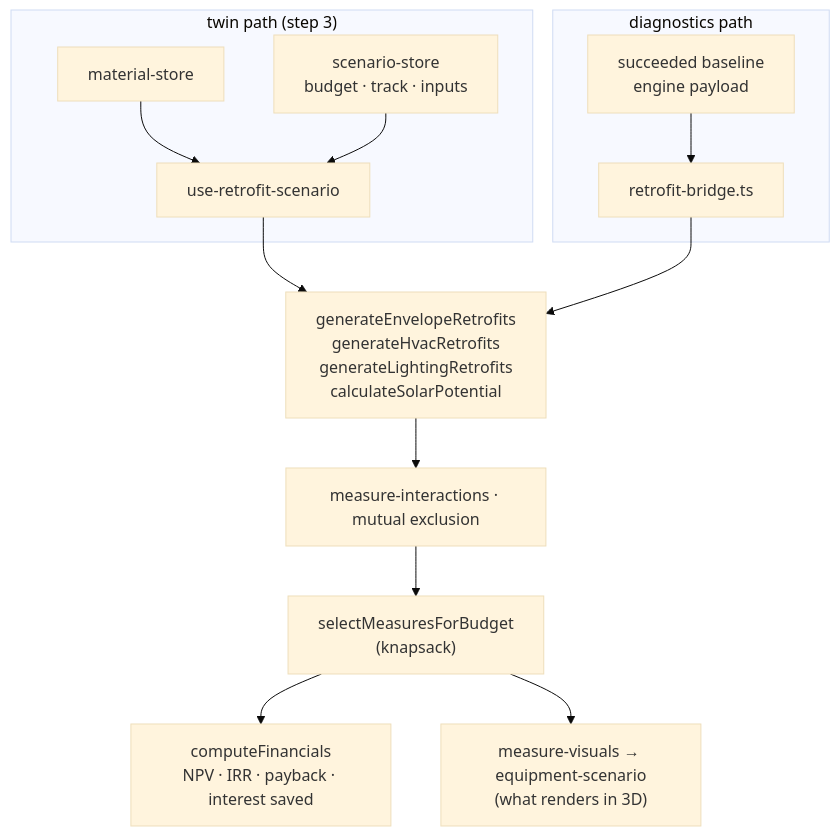
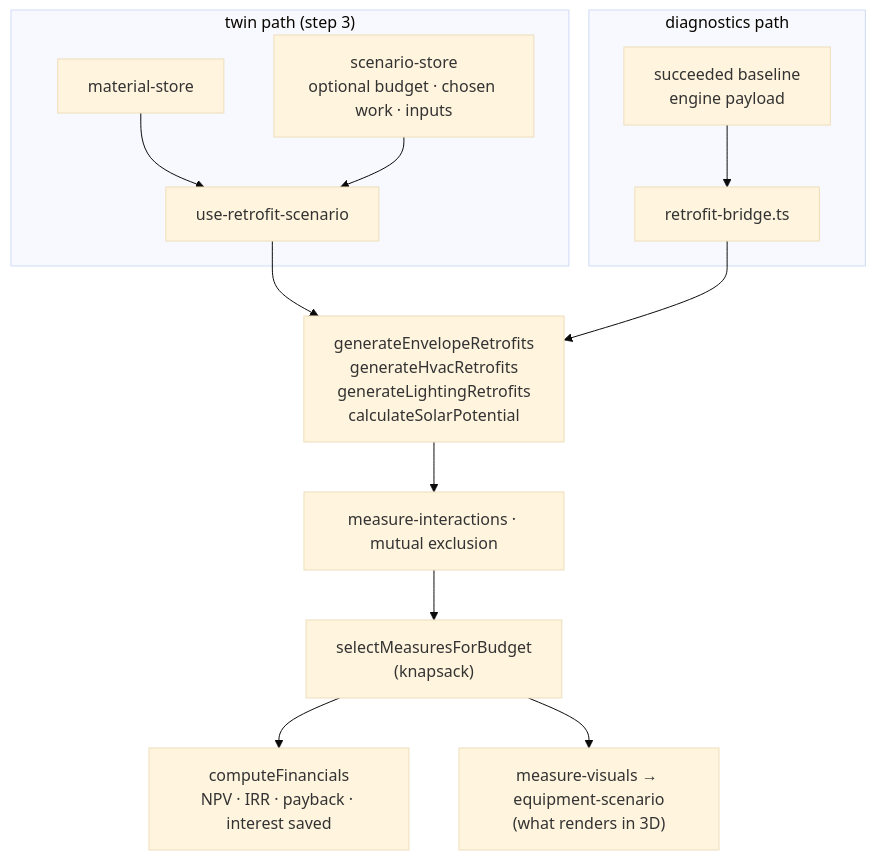
Before and after one commit to mattysouth97/BIM: the diagram in docs/02_Features/Retrofit Economics.md, drawn with Mermaid (base theme). The commit also changed other lines of this file and 42 other files, not shown here.

````diff
--- a/docs/02_Features/Retrofit Economics.md
+++ b/docs/02_Features/Retrofit Economics.md
@@ -42,15 +47,15 @@
 ```mermaid
 flowchart TD
   subgraph twin["twin path (step 3)"]
     MS[material-store] --> URS[use-retrofit-scenario]
-    SS["scenario-store<br/>budget · track · inputs"] --> URS
+    SS["scenario-store<br/>optional budget · chosen work · inputs"] --> URS
   end
   subgraph diag["diagnostics path"]
     EP["succeeded baseline<br/>engine payload"] --> RBR[retrofit-bridge.ts]
   end
   URS & RBR --> GEN["generateEnvelopeRetrofits<br/>generateHvacRetrofits<br/>generateLightingRetrofits<br/>calculateSolarPotential"]
   GEN --> MI[measure-interactions · mutual exclusion]
   MI --> KN["selectMeasuresForBudget<br/>(knapsack)"]
   KN --> FIN["computeFinancials<br/>NPV · IRR · payback · interest saved"]
   KN --> VIS["measure-visuals → equipment-scenario<br/>(what renders in 3D)"]
 ```
````
